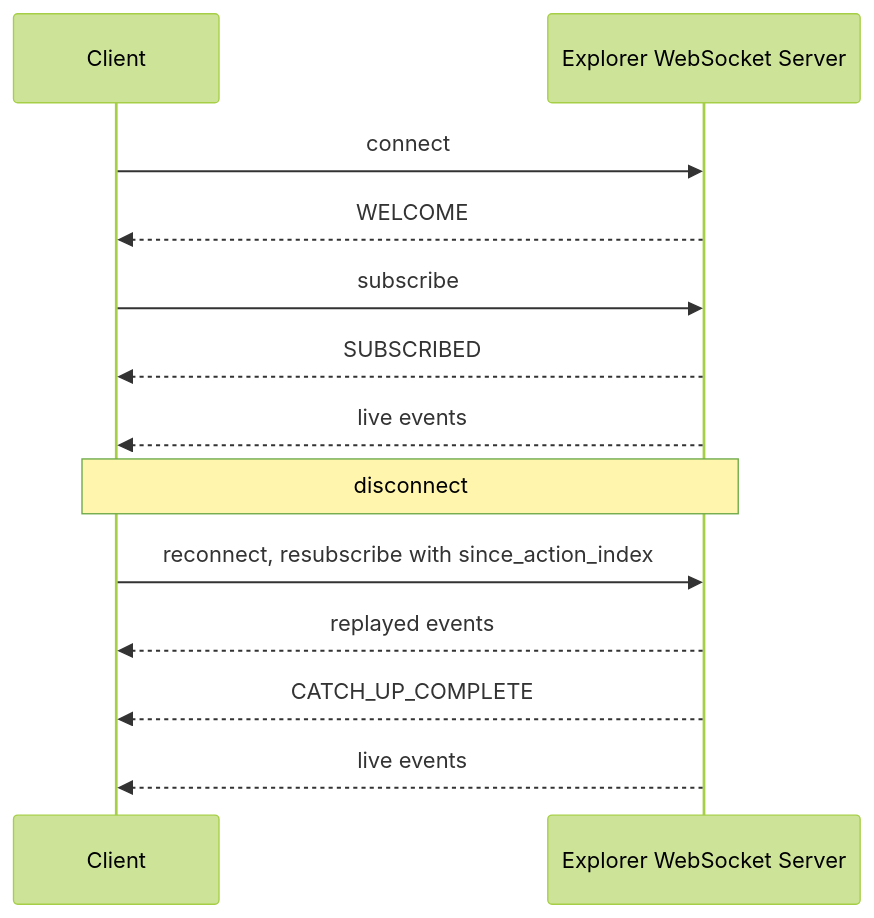
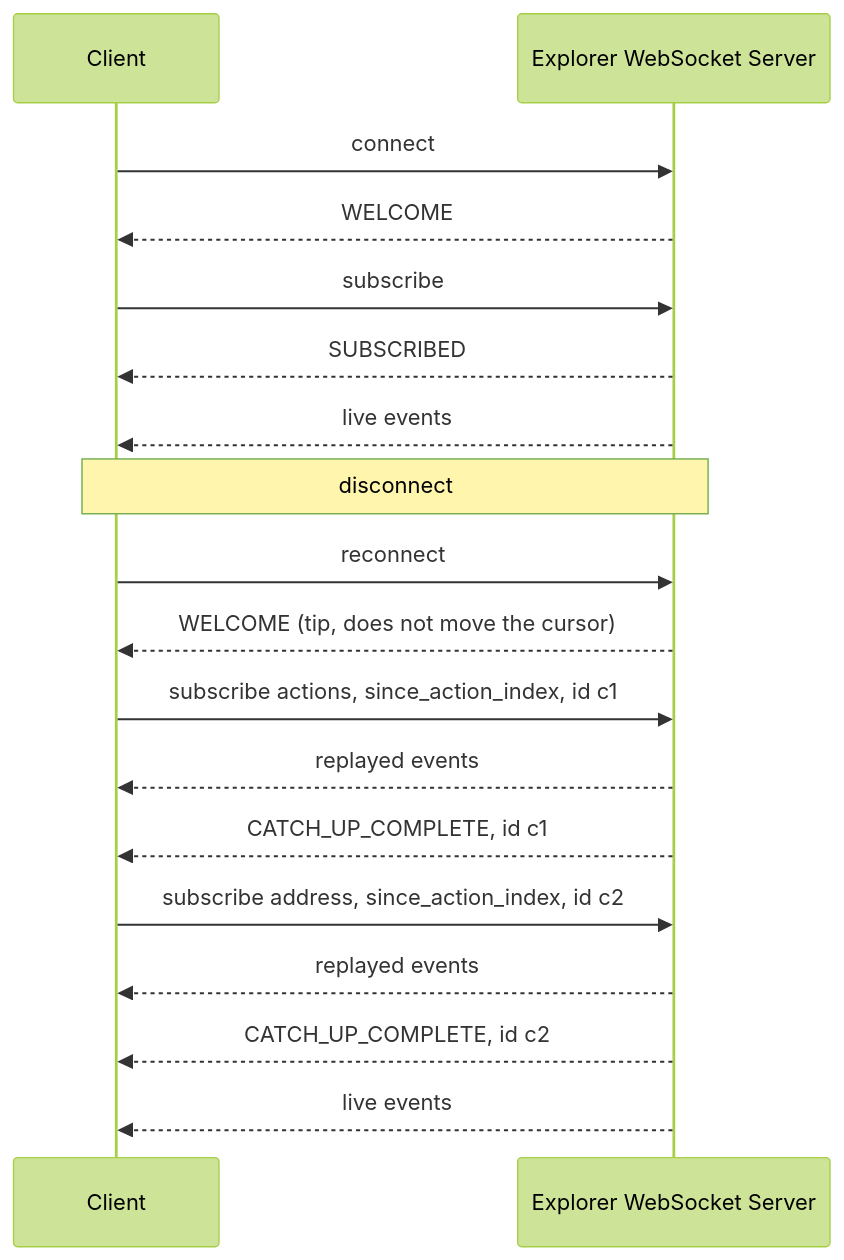
Before and after one commit to XChain-Platform/xchain-documentation: the diagram in components/explorer/websocket.md, drawn with Mermaid (forest theme). The commit also changed other lines of this file and 35 other files, not shown here.

````diff
--- a/components/explorer/websocket.md
+++ b/components/explorer/websocket.md
@@ -763,17 +766,22 @@
 ```mermaid
 sequenceDiagram
     participant C as Client
     participant S as Explorer WebSocket Server
 
     C->>S: connect
     S-->>C: WELCOME
     C->>S: subscribe
     S-->>C: SUBSCRIBED
     S-->>C: live events
 
     Note over C,S: disconnect
-    C->>S: reconnect, resubscribe with since_action_index
+    C->>S: reconnect
+    S-->>C: WELCOME (tip, does not move the cursor)
+    C->>S: subscribe actions, since_action_index, id c1
     S-->>C: replayed events
-    S-->>C: CATCH_UP_COMPLETE
+    S-->>C: CATCH_UP_COMPLETE, id c1
+    C->>S: subscribe address, since_action_index, id c2
+    S-->>C: replayed events
+    S-->>C: CATCH_UP_COMPLETE, id c2
     S-->>C: live events
 ```
````
